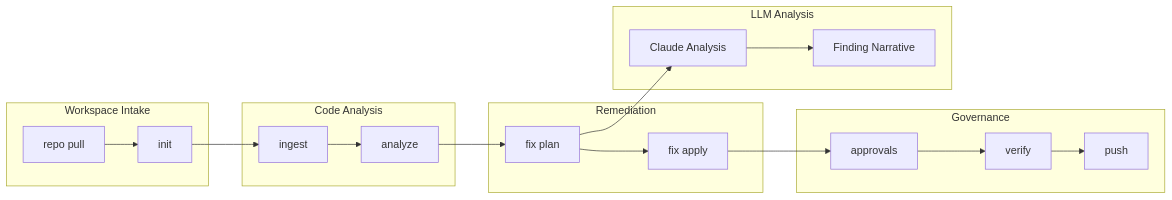
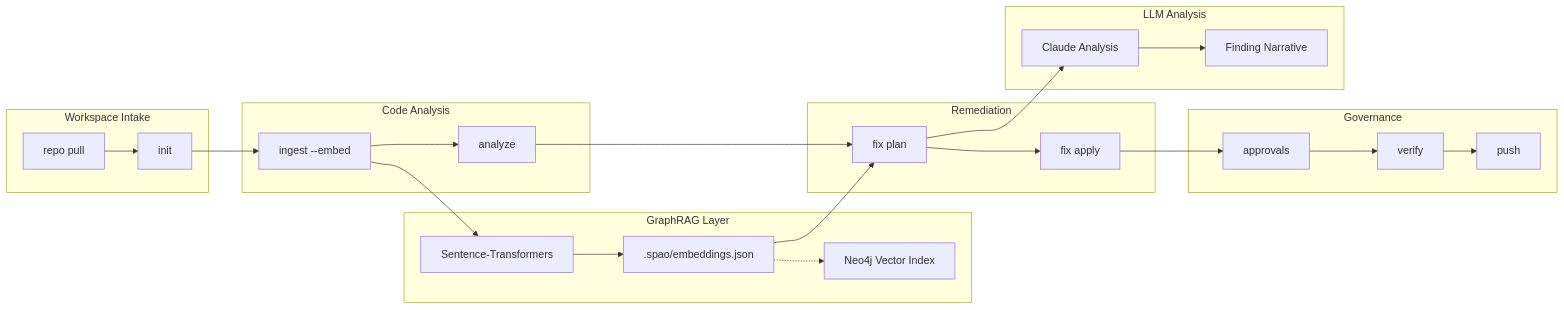
Before and after one commit to darthmanwe/Security_Provenance_Automated_OWASP: the first of 7 diagrams in README.md, drawn with Mermaid. The commit also changed other lines of this file and 7 other files, not shown here.

Commit message:
Graph RAG embeddings fix

````diff
--- a/README.md
+++ b/README.md
@@ -38,39 +40,49 @@
 ```mermaid
 flowchart LR
     subgraph intake [Workspace Intake]
         RepoPull[repo pull]
         Init[init]
     end
 
     subgraph analysis [Code Analysis]
-        Ingest[ingest]
+        Ingest["ingest --embed"]
         Analyze[analyze]
+    end
+
+    subgraph graphrag [GraphRAG Layer]
+        Embed[Sentence-Transformers]
+        VecStore[".spao/embeddings.json"]
+        Neo4jVec["Neo4j Vector Index"]
     end
 
     subgraph remediation [Remediation]
         FixPlan[fix plan]
         FixApply[fix apply]
     end
 
     subgraph governance [Governance]
         Approvals[approvals]
         Verify[verify]
         Push[push]
     end
 
     subgraph llmLayer [LLM Analysis]
         LLMAnalyze[Claude Analysis]
         LLMFinding[Finding Narrative]
     end
 
     RepoPull --> Init
     Init --> Ingest
+    Ingest --> Embed
+    Embed --> VecStore
+    VecStore -.-> Neo4jVec
     Ingest --> Analyze
     Analyze --> FixPlan
+    VecStore --> FixPlan
     FixPlan --> LLMAnalyze
     FixPlan --> FixApply
     LLMAnalyze --> LLMFinding
     FixApply --> Approvals
     Approvals --> Verify
     Verify --> Push
 ```
````
